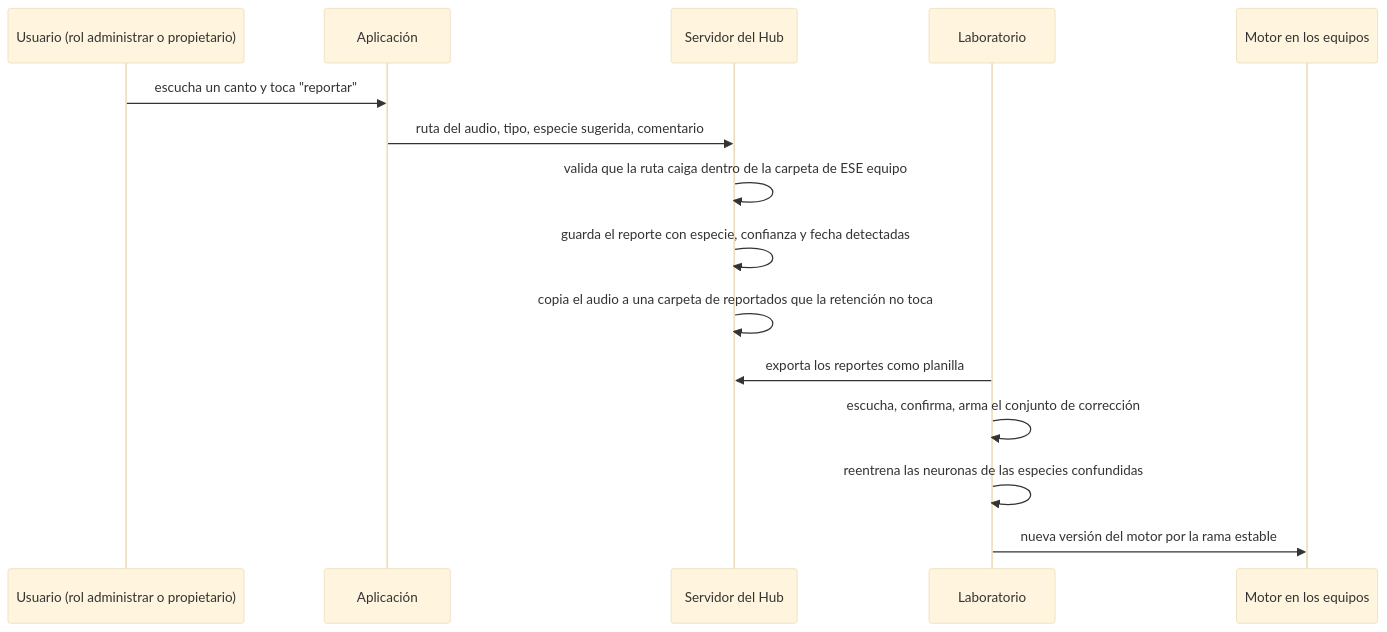
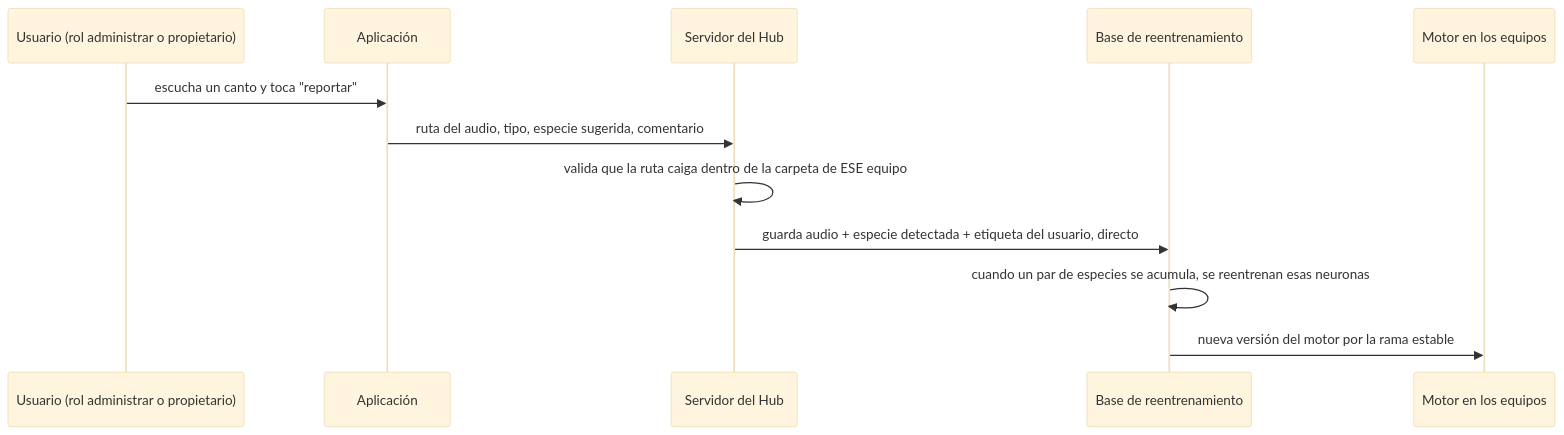
Before and after one commit to LSDArroyoGold/LSD-Tector-2-Software: the fourth of 6 diagrams in 5_hub/README.md, drawn with Mermaid (base theme). The commit also changed other lines of this file and 3 other files, not shown here.

Commit message:
Los reportes van directo a la base de reentrenamiento

````diff
--- a/5_hub/README.md
+++ b/5_hub/README.md
@@ -265,17 +265,14 @@
 ```mermaid
 sequenceDiagram
     participant U as Usuario (rol administrar o propietario)
     participant A as Aplicación
     participant H as Servidor del Hub
-    participant L as Laboratorio
+    participant B as Base de reentrenamiento
     participant M as Motor en los equipos
     U->>A: escucha un canto y toca "reportar"
     A->>H: ruta del audio, tipo, especie sugerida, comentario
     H->>H: valida que la ruta caiga dentro de la carpeta de ESE equipo
-    H->>H: guarda el reporte con especie, confianza y fecha detectadas
-    H->>H: copia el audio a una carpeta de reportados que la retención no toca
-    L->>H: exporta los reportes como planilla
-    L->>L: escucha, confirma, arma el conjunto de corrección
-    L->>L: reentrena las neuronas de las especies confundidas
-    L->>M: nueva versión del motor por la rama estable
+    H->>B: guarda audio + especie detectada + etiqueta del usuario, directo
+    B->>B: cuando un par de especies se acumula, se reentrenan esas neuronas
+    B->>M: nueva versión del motor por la rama estable
 ```
````
